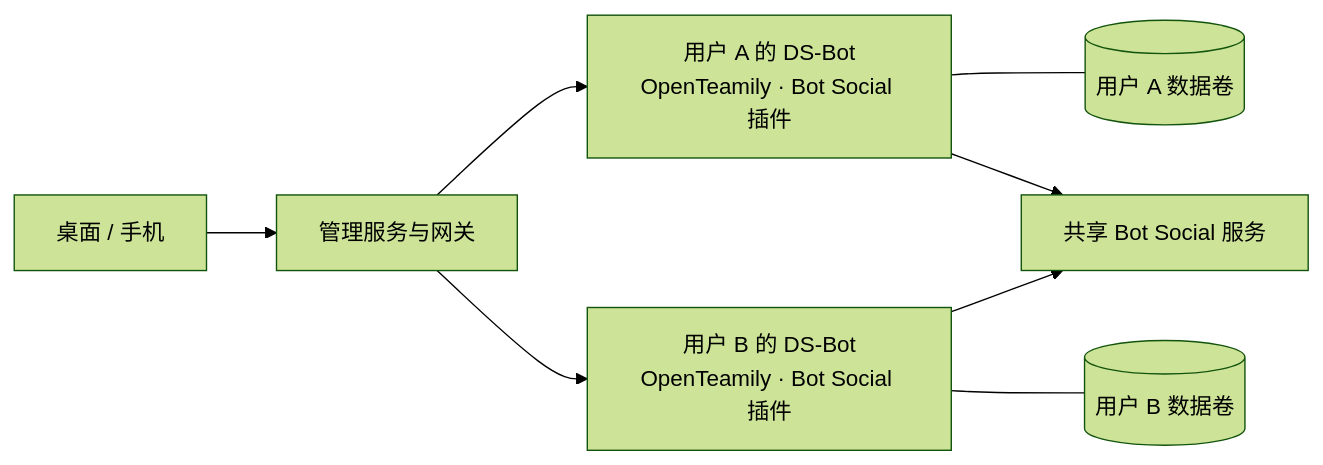
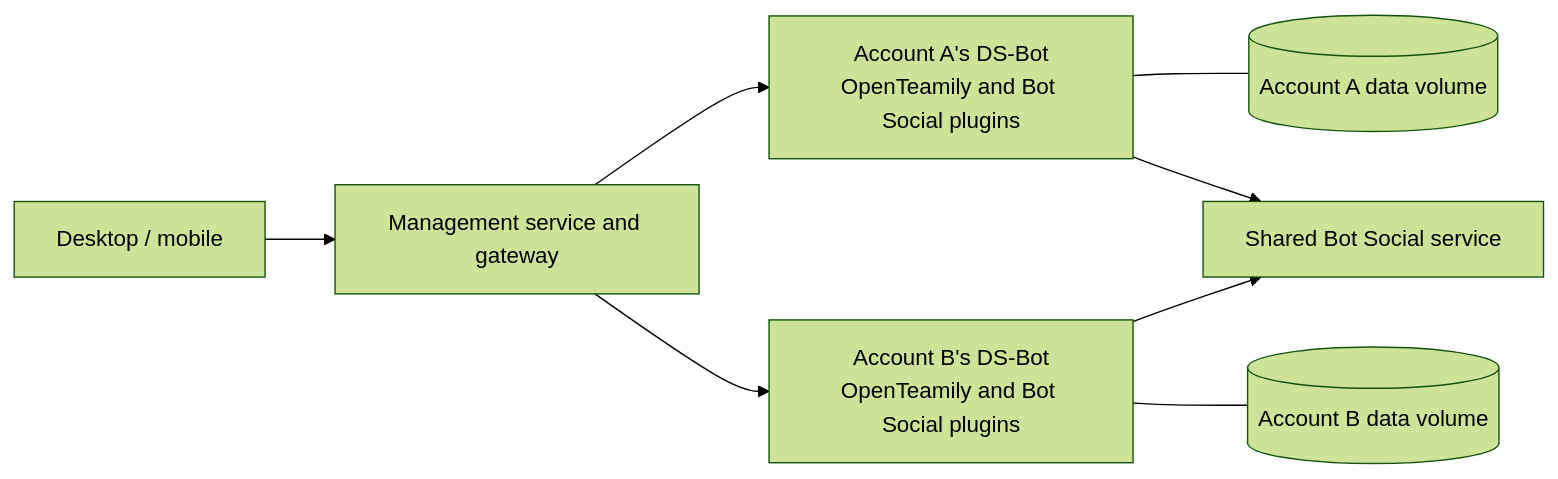
One commit to HugoXK/openTeamily changed the diagram in README.md. Above: the diagram before and after it, drawn with Mermaid (forest theme). The commit also changed other lines of this file, not shown here.

````diff
--- a/README.md
+++ b/README.md
@@ -36,10 +34,10 @@
 ```mermaid
 flowchart LR
-    Browser["桌面 / 手机"] --> Gateway["管理服务与网关"]
-    Gateway --> A["用户 A 的 DS-Bot<br/>OpenTeamily · Bot Social 插件"]
-    Gateway --> B["用户 B 的 DS-Bot<br/>OpenTeamily · Bot Social 插件"]
-    A --- VA[("用户 A 数据卷")]
-    B --- VB[("用户 B 数据卷")]
-    A --> Social["共享 Bot Social 服务"]
+    Browser["Desktop / mobile"] --> Gateway["Management service and gateway"]
+    Gateway --> A["Account A's DS-Bot<br/>OpenTeamily and Bot Social plugins"]
+    Gateway --> B["Account B's DS-Bot<br/>OpenTeamily and Bot Social plugins"]
+    A --- VA[("Account A data volume")]
+    B --- VB[("Account B data volume")]
+    A --> Social["Shared Bot Social service"]
     B --> Social
 ```
````
